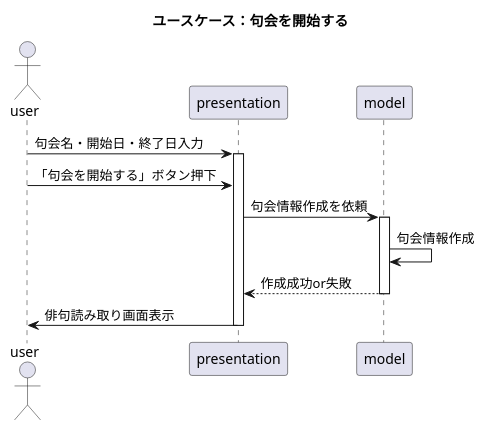
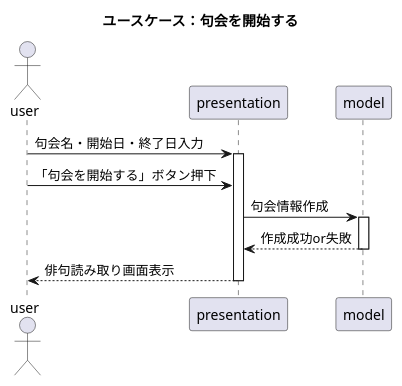
Before and after one commit to AsazuTaiga/Kuawase: the fifth of 11 diagrams in docs/module_sequence.pu, drawn with PlantUML. The commit also changed other lines of this file, not shown here.

Commit message:
シーケンス図一旦完了

```diff
--- a/docs/module_sequence.pu
+++ b/docs/module_sequence.pu
@@ -25,17 +55,16 @@
 @startuml
 title ユースケース：句会を開始する
 actor user
 participant presentation
 participant model
 
 user -> presentation : 句会名・開始日・終了日入力
 activate presentation
 user -> presentation : 「句会を開始する」ボタン押下
-presentation -> model : 句会情報作成を依頼
+presentation -> model : 句会情報作成
 activate model
-model -> model : 句会情報作成
 return 作成成功or失敗
 deactivate model
-presentation -> user : 俳句読み取り画面表示
+presentation --> user : 俳句読み取り画面表示
 deactivate presentation
 @enduml
```
